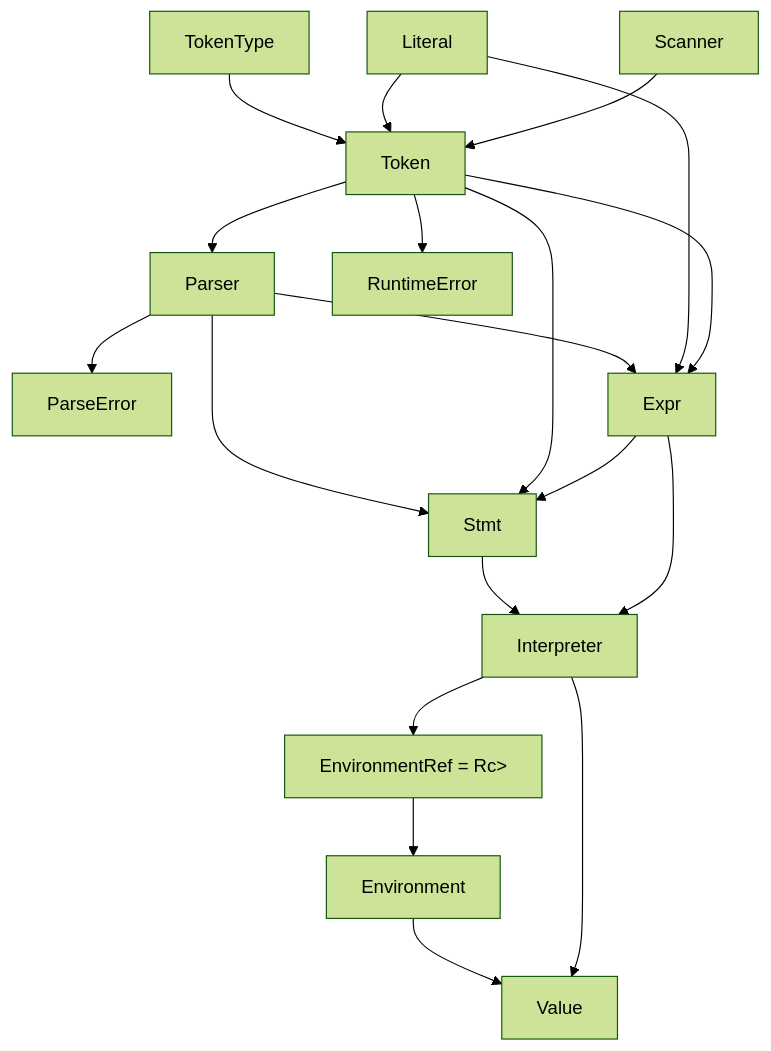
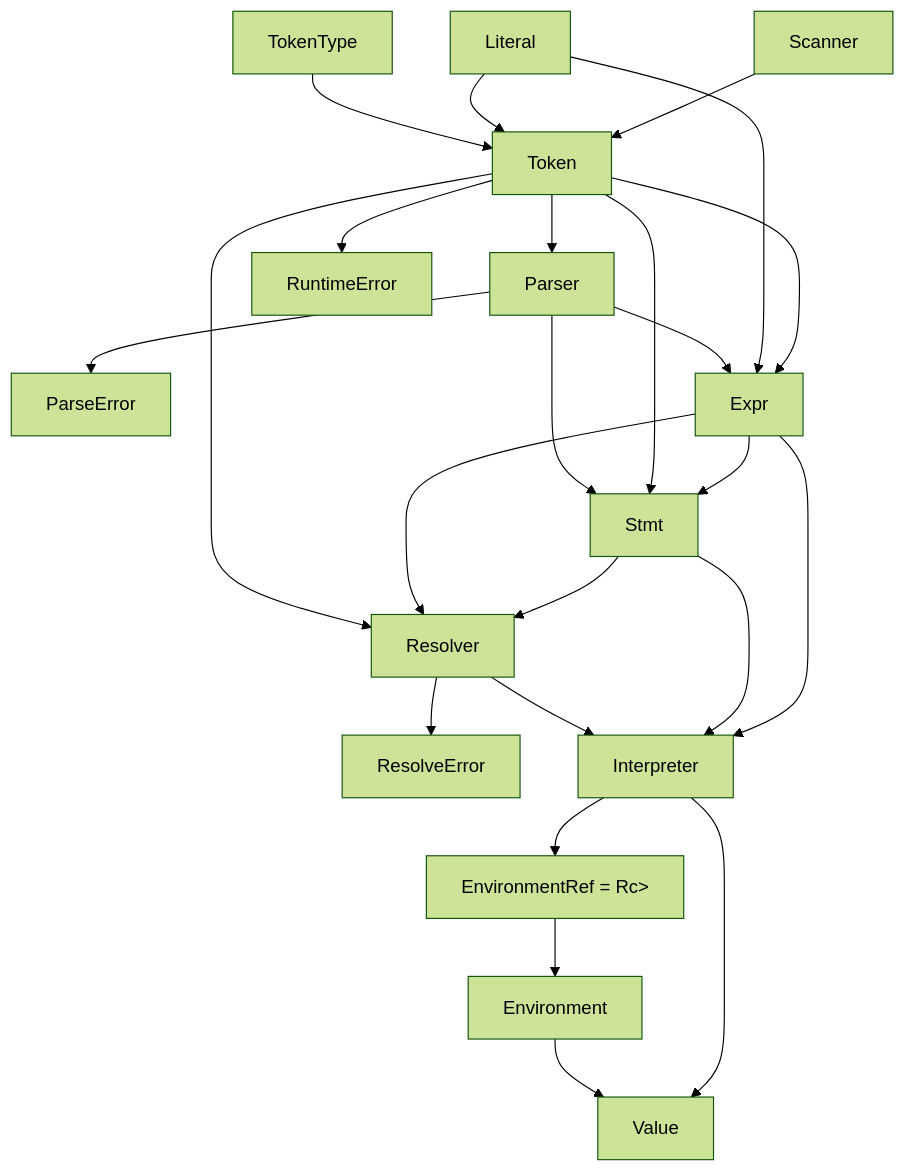
Before and after one commit to qingyu21/oxidized-lox: the second of 2 diagrams in ARCHITECTURE.md, drawn with Mermaid (forest theme). The commit also changed other lines of this file and 8 other files, not shown here.

````diff
--- a/ARCHITECTURE.md
+++ b/ARCHITECTURE.md
@@ -39,35 +38,42 @@
 ```mermaid
 flowchart TD
     TokenType["TokenType"]
     Literal["Literal"]
     Token["Token"]
     Scanner["Scanner"]
     ParseError["ParseError"]
     Parser["Parser"]
+    ResolveError["ResolveError"]
+    Resolver["Resolver"]
     Expr["Expr"]
     Stmt["Stmt"]
     Interpreter["Interpreter"]
     EnvironmentRef["EnvironmentRef = Rc<RefCell<Environment>>"]
     Environment["Environment"]
     Value["Value"]
     RuntimeError["RuntimeError"]
 
     TokenType --> Token
     Literal --> Token
     Scanner --> Token
     Token --> Parser
     Parser --> ParseError
     Parser --> Expr
     Parser --> Stmt
+    Token --> Resolver
+    Expr --> Resolver
+    Stmt --> Resolver
+    Resolver --> ResolveError
+    Resolver --> Interpreter
     Literal --> Expr
     Token --> Expr
     Token --> Stmt
     Expr --> Stmt
     Stmt --> Interpreter
     Expr --> Interpreter
     Interpreter --> EnvironmentRef
     EnvironmentRef --> Environment
     Environment --> Value
     Interpreter --> Value
     Token --> RuntimeError
 ```
````
